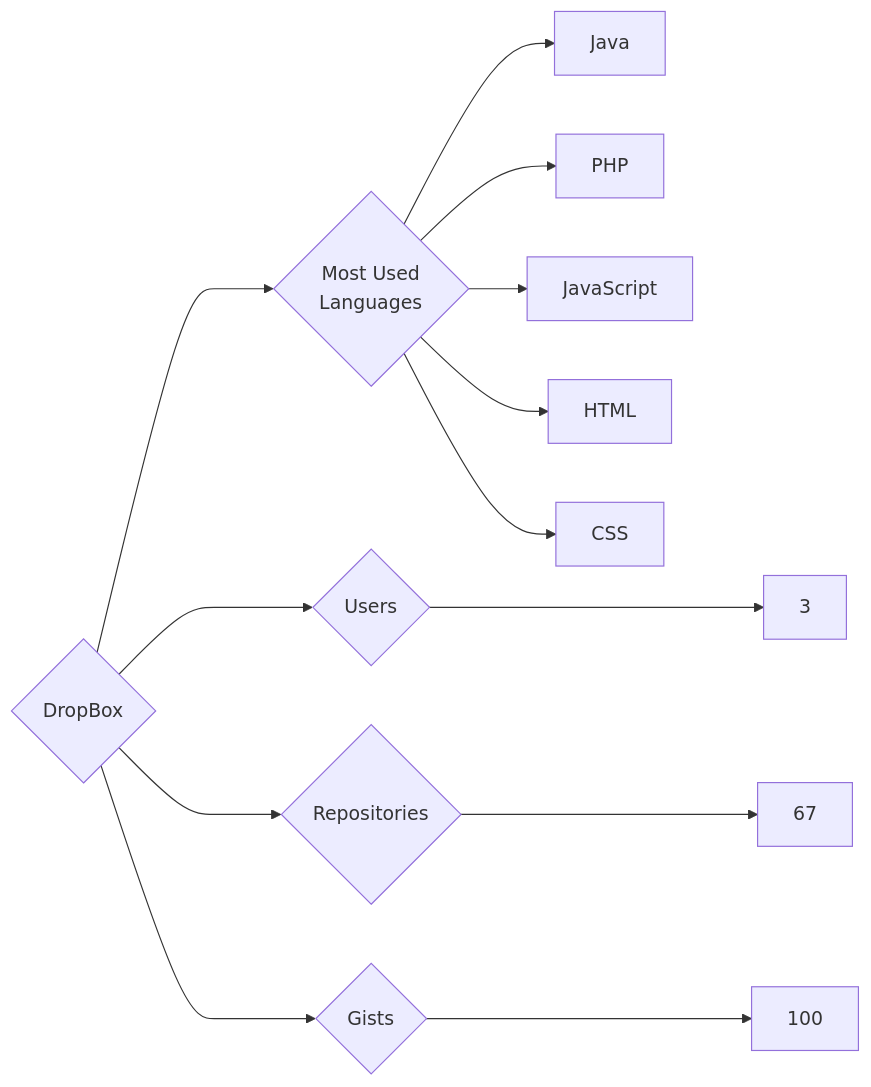
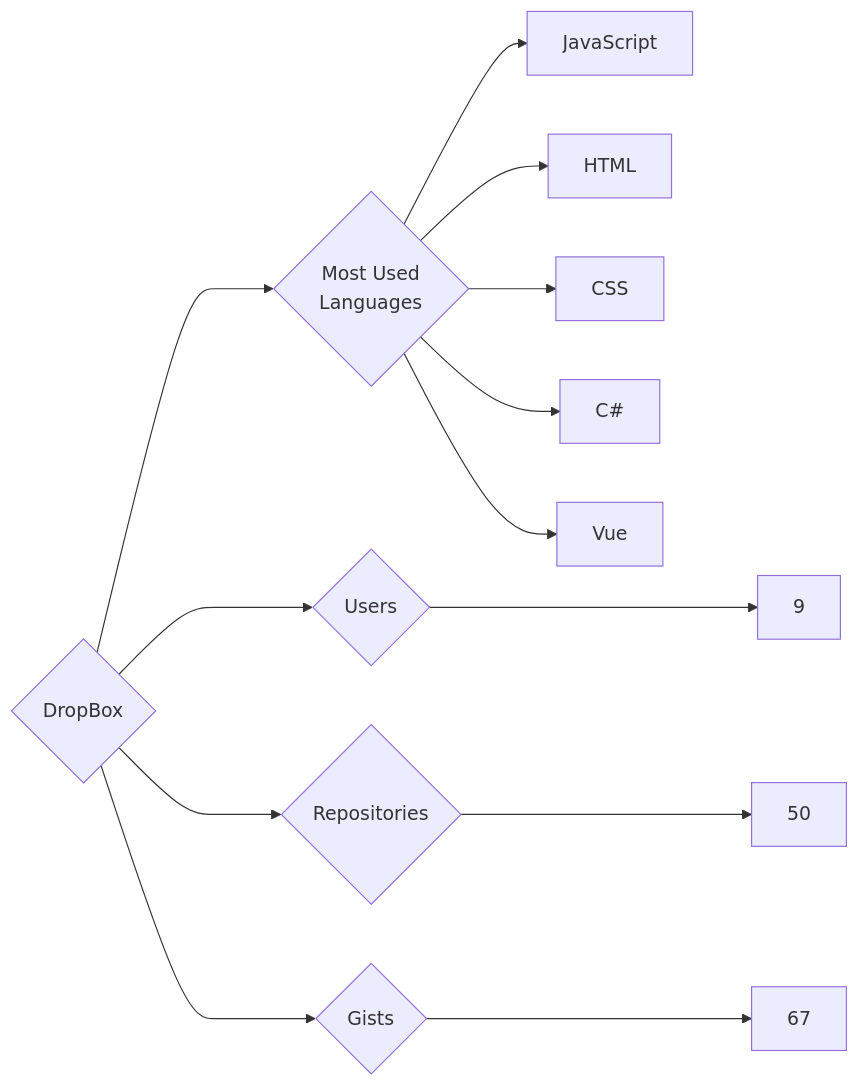
Before and after one commit to trickest/insiders: the diagram in targets/DropBox/README.md, drawn with Mermaid. The commit also changed 1078 other files, not shown here.

````diff
--- a/targets/DropBox/README.md
+++ b/targets/DropBox/README.md
@@ -3,13 +3,13 @@
 ```mermaid
 graph LR
 COMPANY_NAME{DropBox}
-COMPANY_NAME ---> U{Users} ---> UN[3]
-COMPANY_NAME ---> R{Repositories} ---> RN[67]
-COMPANY_NAME ---> G{Gists} ---> GN[100]
+COMPANY_NAME ---> U{Users} ---> UN[9]
+COMPANY_NAME ---> R{Repositories} ---> RN[50]
+COMPANY_NAME ---> G{Gists} ---> GN[67]
 COMPANY_NAME ---> ML{Most Used<br>Languages}
-ML --> Java[Java]
-ML --> PHP[PHP]
 ML --> JavaScript[JavaScript]
 ML --> HTML[HTML]
 ML --> CSS[CSS]
+ML --> C#[C#]
+ML --> Vue[Vue]
 ```
````
